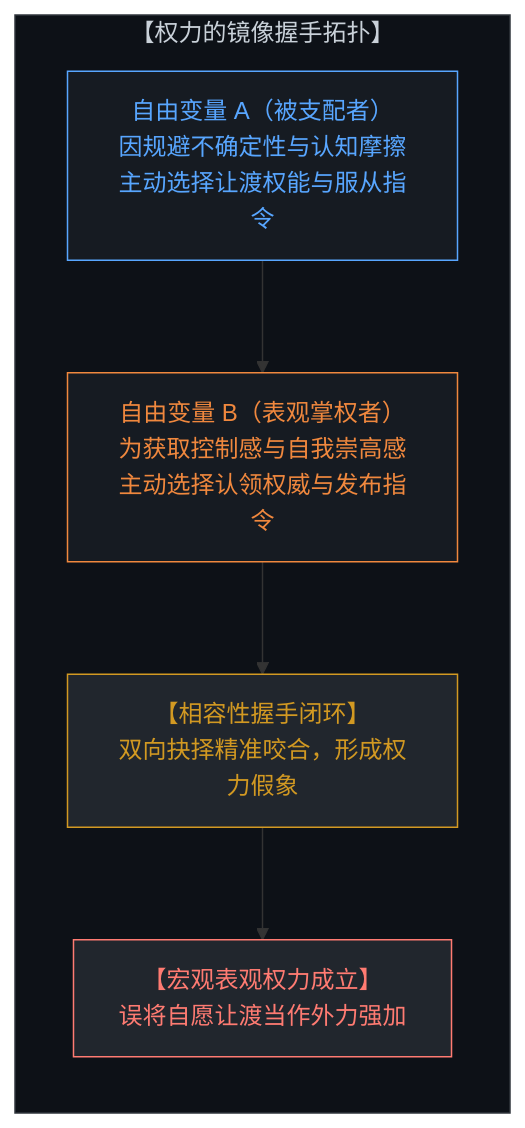
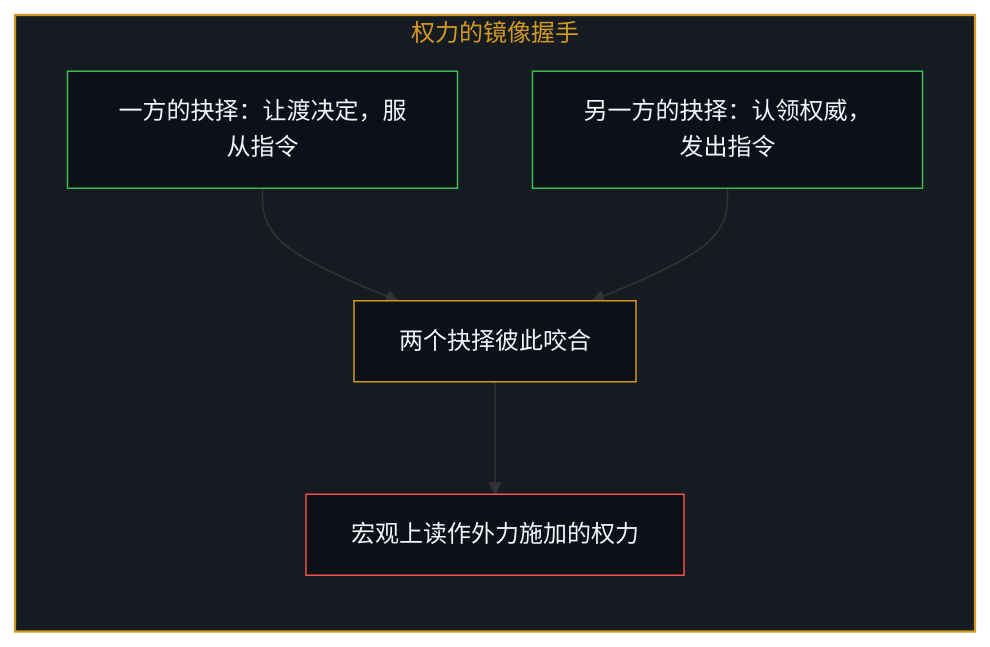
Before and after one commit to powerpig99/not-a-toe: the first of 12 diagrams in content/posts/the-mirror-handshake-of-power.md, drawn with Mermaid. The commit also changed other lines of this file and 3 other files, not shown here.

Commit message:
Refine the-mirror-handshake-of-power: alternating bilingual layout, English diagram twins, first-person framing

````diff
--- a/content/posts/the-mirror-handshake-of-power.md
+++ b/content/posts/the-mirror-handshake-of-power.md
@@ -13,18 +17,19 @@
 ```mermaid
-graph TD
-    subgraph SovereignHandshake["【权力的镜像握手拓扑】"]
+flowchart TD
+    subgraph S_Handshake["权力的镜像握手"]
         direction TB
-        MindA["自由变量 A（被支配者）<br>因规避不确定性与认知摩擦<br>主动选择让渡权能与服从指令"]
-        MindB["自由变量 B（表观掌权者）<br>为获取控制感与自我崇高感<br>主动选择认领权威与发布指令"]
-        MatchingSlot["【相容性握手闭环】<br>双向抉择精准咬合，形成权力假象"]
-        ApparentPower["【宏观表观权力成立】<br>误将自愿让渡当作外力强加"]
-        MindA --> MindB
-        MindB --> MatchingSlot
-        MatchingSlot --> ApparentPower
+        Yield["一方的抉择：让渡决定，服从指令"]
+        Claim["另一方的抉择：认领权威，发出指令"]
+        Fit["两个抉择彼此咬合"]
+        Power["宏观上读作外力施加的权力"]
+        Yield --> Fit
+        Claim --> Fit
+        Fit --> Power
     end
-    style SovereignHandshake fill:#0d1117,stroke:#30363d,stroke-width:1px,color:#c9d1d9
-    style MindA fill:#161b22,stroke:#58a6ff,stroke-width:1px,color:#58a6ff
-    style MindB fill:#161b22,stroke:#f0883e,stroke-width:1px,color:#f0883e
-    style MatchingSlot fill:#21262d,stroke:#d29922,color:#d29922
-    style ApparentPower fill:#21262d,stroke:#ff7b72,color:#ff7b72
+
+    style S_Handshake fill:#161b22,stroke:#d29922,stroke-width:1.5px,color:#d29922
+    style Yield fill:#0d1117,stroke:#3fb950,stroke-width:1px,color:#f0f6fc
+    style Claim fill:#0d1117,stroke:#3fb950,stroke-width:1px,color:#f0f6fc
+    style Fit fill:#0d1117,stroke:#d29922,stroke-width:1px,color:#f0f6fc
+    style Power fill:#0d1117,stroke:#f85149,stroke-width:1px,color:#f0f6fc
 ```
````
